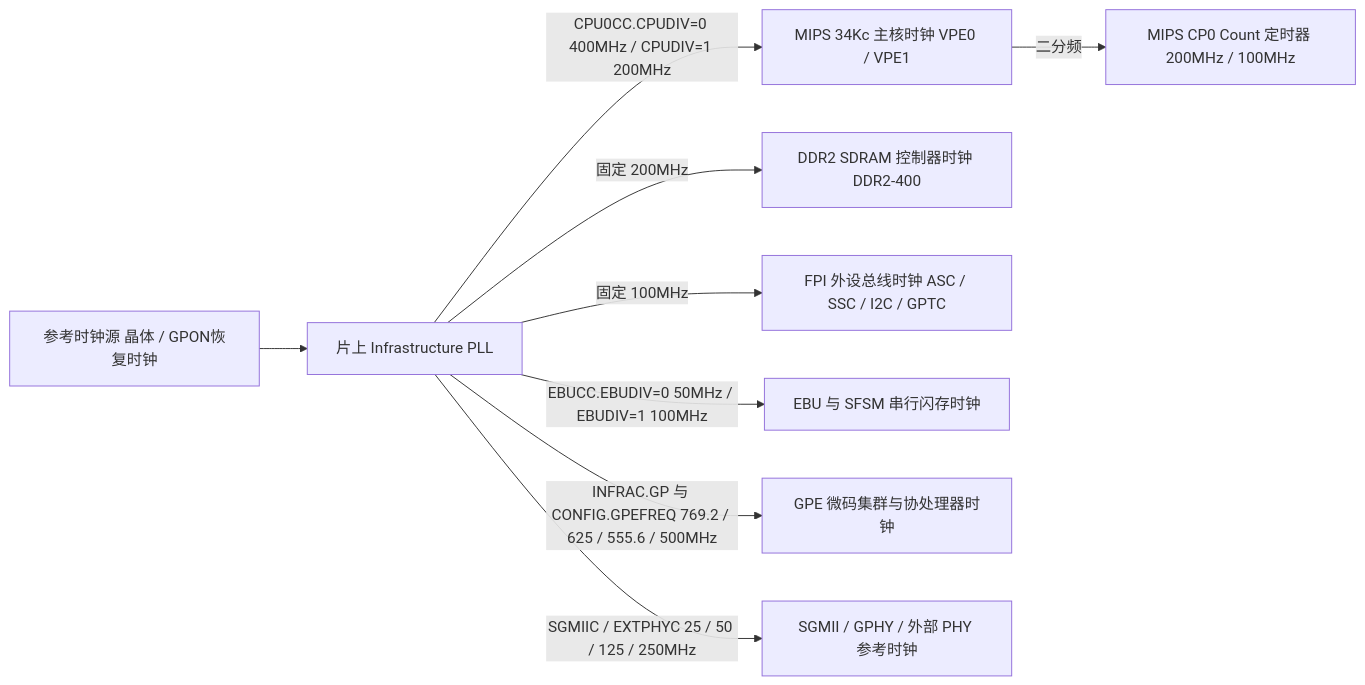
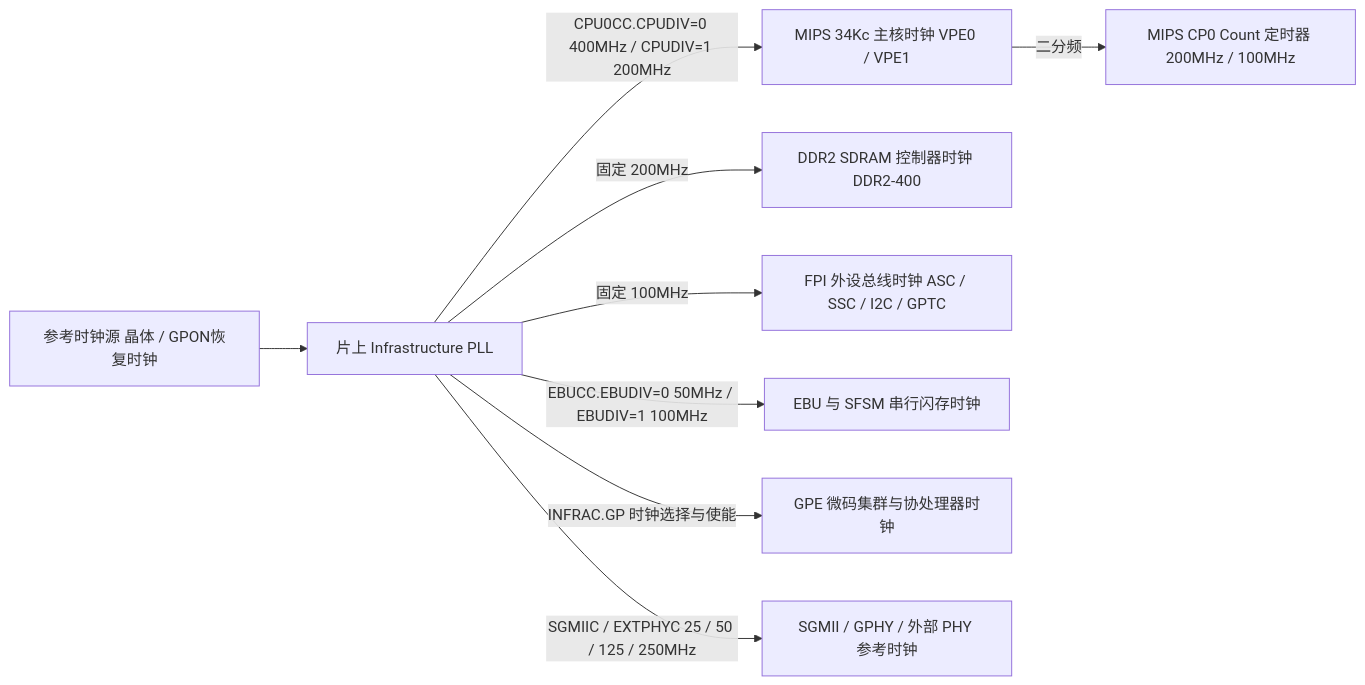
One commit to difanz/lantiq-falcon-s-docs changed the first of 2 diagrams in 02_system_architecture/03_clock_and_reset.md. Above: the diagram before and after it, drawn with Mermaid. The commit also changed other lines of this file and 50 other files, not shown here.

````diff
--- a/02_system_architecture/03_clock_and_reset.md
+++ b/02_system_architecture/03_clock_and_reset.md
@@ -9,14 +9,14 @@
 ```mermaid
 flowchart LR
     REF["参考时钟源 晶体 / GPON恢复时钟"]
     PLL["片上 Infrastructure PLL"]
     REF --> PLL
 
     PLL -->|CPU0CC.CPUDIV=0 400MHz / CPUDIV=1 200MHz| CPU_CLK["MIPS 34Kc 主核时钟 VPE0 / VPE1"]
     CPU_CLK -->|二分频| CP0_CNT["MIPS CP0 Count 定时器 200MHz / 100MHz"]
     PLL -->|固定 200MHz| DDR_CLK["DDR2 SDRAM 控制器时钟 DDR2-400"]
     PLL -->|固定 100MHz| FPI_CLK["FPI 外设总线时钟 ASC / SSC / I2C / GPTC"]
     PLL -->|EBUCC.EBUDIV=0 50MHz / EBUDIV=1 100MHz| EBU_CLK["EBU 与 SFSM 串行闪存时钟"]
-    PLL -->|INFRAC.GP 与 CONFIG.GPEFREQ 769.2 / 625 / 555.6 / 500MHz| GPE_CLK["GPE 微码集群与协处理器时钟"]
+    PLL -->|INFRAC.GP 时钟选择与使能| GPE_CLK["GPE 微码集群与协处理器时钟"]
     PLL -->|SGMIIC / EXTPHYC 25 / 50 / 125 / 250MHz| ETH_CLK["SGMII / GPHY / 外部 PHY 参考时钟"]
 ```
````
